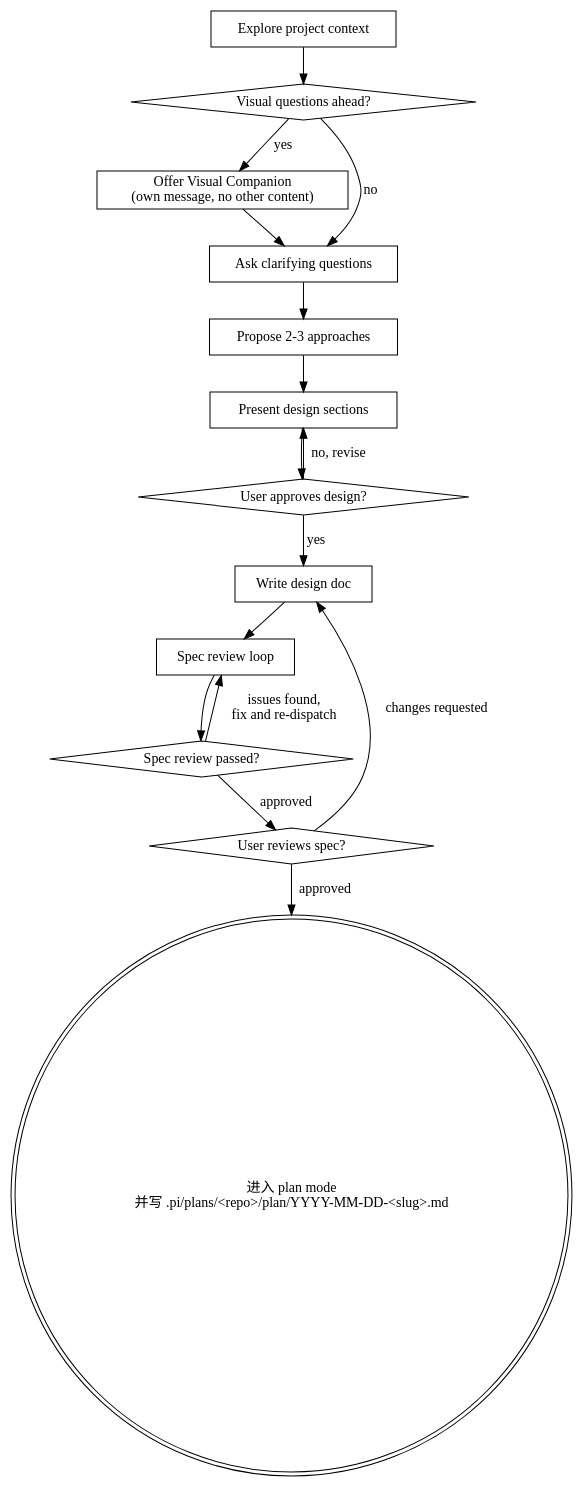
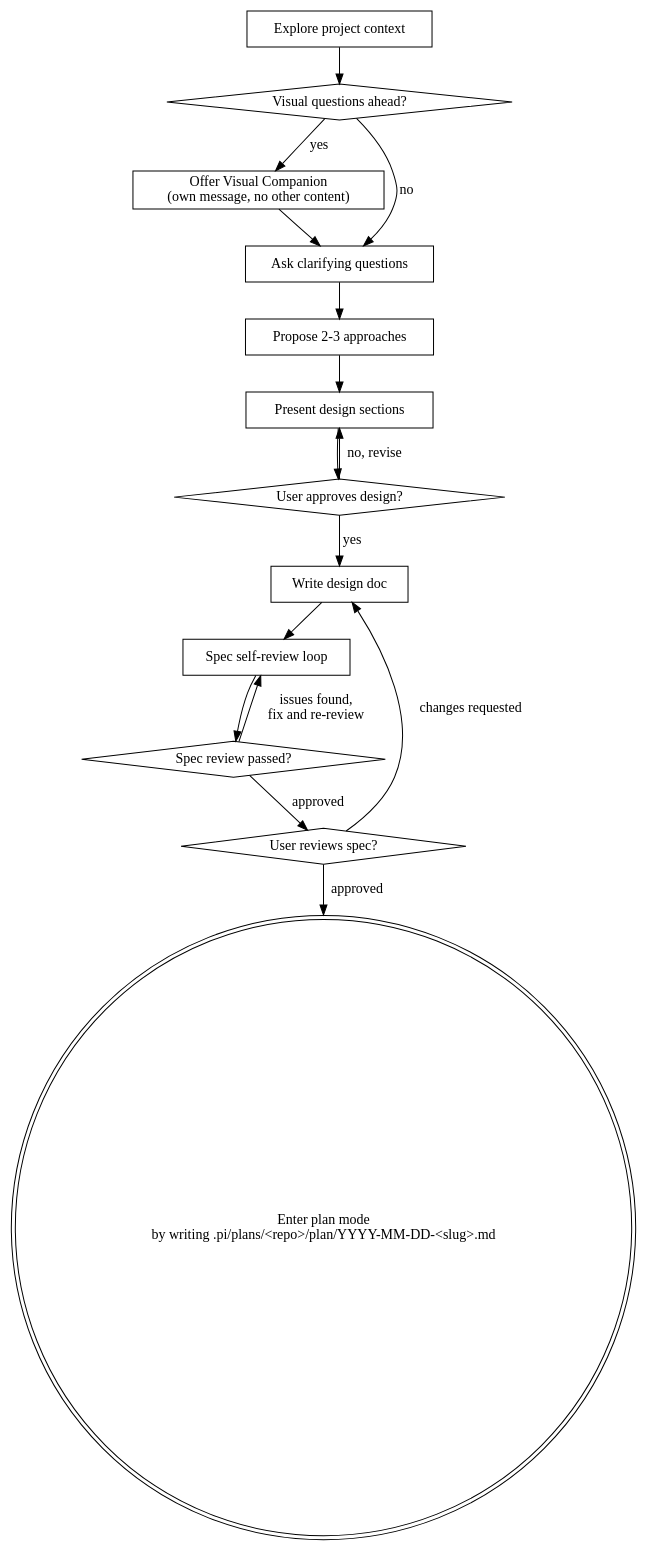
Before and after one commit to BruceChen7/pi-kit: the diagram in skills/brainstorming/SKILL.md, drawn with Graphviz. The commit also changed other lines of this file and 1 other file, not shown here.

Commit message:
docs(brainstorming): align spec workflow with plan paths

````diff
--- a/skills/brainstorming/SKILL.md
+++ b/skills/brainstorming/SKILL.md
@@ -36,32 +36,32 @@
 ```dot
 digraph brainstorming {
     "Explore project context" [shape=box];
     "Visual questions ahead?" [shape=diamond];
     "Offer Visual Companion\n(own message, no other content)" [shape=box];
     "Ask clarifying questions" [shape=box];
     "Propose 2-3 approaches" [shape=box];
     "Present design sections" [shape=box];
     "User approves design?" [shape=diamond];
     "Write design doc" [shape=box];
-    "Spec review loop" [shape=box];
+    "Spec self-review loop" [shape=box];
     "Spec review passed?" [shape=diamond];
     "User reviews spec?" [shape=diamond];
-    "进入 plan mode\n并写 .pi/plans/<repo>/plan/YYYY-MM-DD-<slug>.md" [shape=doublecircle];
+    "Enter plan mode\nby writing .pi/plans/<repo>/plan/YYYY-MM-DD-<slug>.md" [shape=doublecircle];
 
     "Explore project context" -> "Visual questions ahead?";
     "Visual questions ahead?" -> "Offer Visual Companion\n(own message, no other content)" [label="yes"];
     "Visual questions ahead?" -> "Ask clarifying questions" [label="no"];
     "Offer Visual Companion\n(own message, no other content)" -> "Ask clarifying questions";
     "Ask clarifying questions" -> "Propose 2-3 approaches";
     "Propose 2-3 approaches" -> "Present design sections";
     "Present design sections" -> "User approves design?";
     "User approves design?" -> "Present design sections" [label="no, revise"];
     "User approves design?" -> "Write design doc" [label="yes"];
-    "Write design doc" -> "Spec review loop";
-    "Spec review loop" -> "Spec review passed?";
-    "Spec review passed?" -> "Spec review loop" [label="issues found,\nfix and re-dispatch"];
+    "Write design doc" -> "Spec self-review loop";
+    "Spec self-review loop" -> "Spec review passed?";
+    "Spec review passed?" -> "Spec self-review loop" [label="issues found,\nfix and re-review"];
     "Spec review passed?" -> "User reviews spec?" [label="approved"];
     "User reviews spec?" -> "Write design doc" [label="changes requested"];
-    "User reviews spec?" -> "进入 plan mode\n并写 .pi/plans/<repo>/plan/YYYY-MM-DD-<slug>.md" [label="approved"];
+    "User reviews spec?" -> "Enter plan mode\nby writing .pi/plans/<repo>/plan/YYYY-MM-DD-<slug>.md" [label="approved"];
 }
 ```
````
